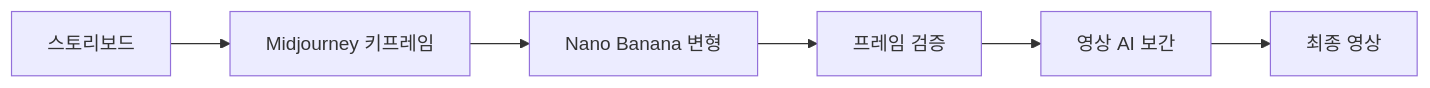
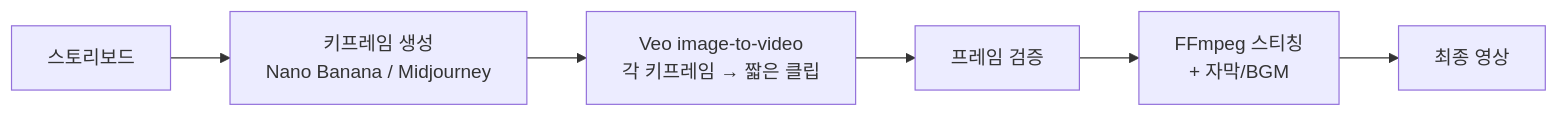
One commit to bys724/claude-skills changed the diagram in custom/design-partner/video-workflow.md. Above: the diagram before and after it, drawn with Mermaid. The commit also changed other lines of this file and 3 other files, not shown here.

First line of the commit message:
docs(design-partner): align with Nano Banana Pro reasoning and Veo workflow

````diff
--- a/custom/design-partner/video-workflow.md
+++ b/custom/design-partner/video-workflow.md
@@ -7,8 +7,8 @@
 ```mermaid
 graph LR
-    A[스토리보드] --> B[Midjourney 키프레임]
-    B --> C[Nano Banana 변형]
+    A[스토리보드] --> B[키프레임 생성<br/>Nano Banana / Midjourney]
+    B --> C[Veo image-to-video<br/>각 키프레임 → 짧은 클립]
     C --> D[프레임 검증]
-    D --> E[영상 AI 보간]
+    D --> E[FFmpeg 스티칭<br/>+ 자막/BGM]
     E --> F[최종 영상]
 ```
````
